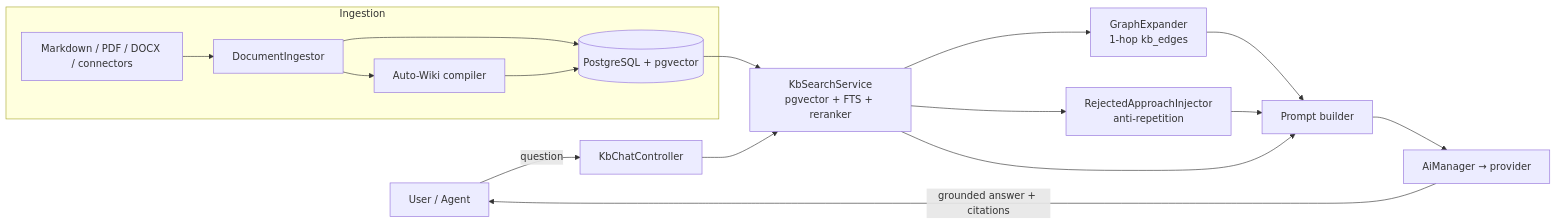
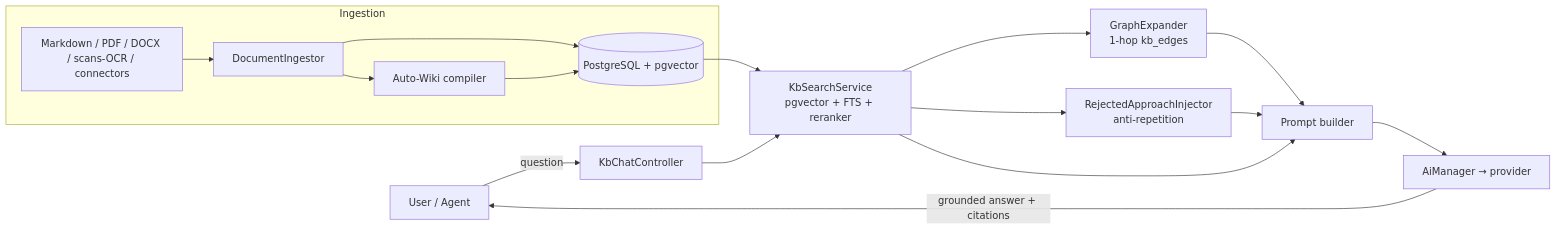
Before and after one commit to lopadova/AskMyDocs: the diagram in docs-site/introduction.mdx, drawn with Mermaid. The commit also changed other lines of this file and 2 other files, not shown here.

First line of the commit message:
docs: surface Document Intelligence in the top-line pitch (README + doc-site) (#515)

````diff
--- a/docs-site/introduction.mdx
+++ b/docs-site/introduction.mdx
@@ -29,19 +29,19 @@
 ```mermaid
 flowchart LR
     U[User / Agent] -->|question| API[KbChatController]
     API --> S[KbSearchService<br/>pgvector + FTS + reranker]
     S --> G[GraphExpander<br/>1-hop kb_edges]
     S --> R[RejectedApproachInjector<br/>anti-repetition]
     G --> P[Prompt builder]
     R --> P
     S --> P
     P --> AI[AiManager → provider]
     AI -->|grounded answer + citations| U
     subgraph Ingestion
-      DOC[Markdown / PDF / DOCX / connectors] --> ING[DocumentIngestor]
+      DOC[Markdown / PDF / DOCX / scans-OCR / connectors] --> ING[DocumentIngestor]
       ING --> DB[(PostgreSQL + pgvector)]
       ING --> WIKI[Auto-Wiki compiler]
     end
     DB --> S
     WIKI --> DB
 ```
````
